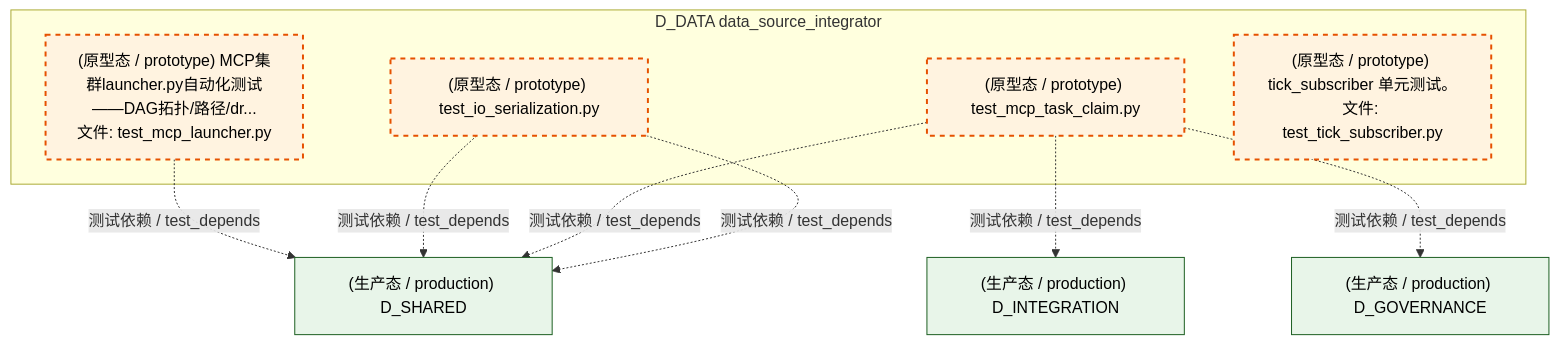
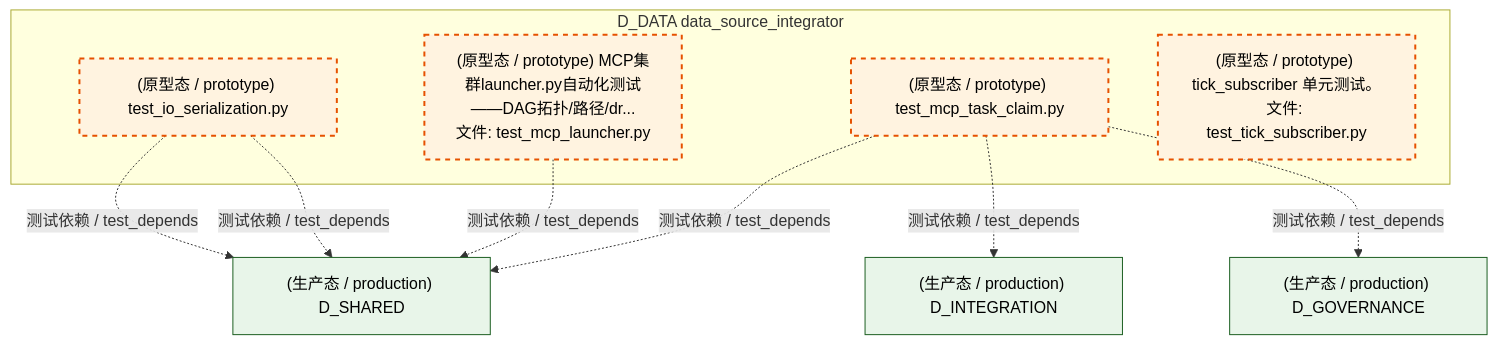
Before and after one commit to xuanFelixVan/ZephyrAlpha: the third of 6 diagrams in docs/02_enterprise_architecture/02_domain_architecture_docs/61_d_data.md, drawn with Mermaid. The commit also changed other lines of this file and 126 other files, not shown here.

````diff
--- a/docs/02_enterprise_architecture/02_domain_architecture_docs/61_d_data.md
+++ b/docs/02_enterprise_architecture/02_domain_architecture_docs/61_d_data.md
@@ -310,24 +310,24 @@
 ```mermaid
 graph TD
     subgraph D_DATA["D_DATA data_source_integrator"]
         tests_io_test_io_serialization_py["(原型态 / prototype) test_io_serialization.py"]
         tests_io_test_mcp_launcher_py["(原型态 / prototype) MCP集群launcher.py自动化测试——DAG拓扑/路径/dr...<br/>文件: test_mcp_launcher.py"]
         tests_io_test_mcp_task_claim_py["(原型态 / prototype) test_mcp_task_claim.py"]
         tests_zephyr_data_test_tick_subscriber_py["(原型态 / prototype) tick_subscriber 单元测试。<br/>文件: test_tick_subscriber.py"]
     end
-    D_SHARED["(生产态 / production) D_SHARED"]
-    tests_io_test_mcp_launcher_py -.->|测试依赖 / test_depends| D_SHARED
     D_INTEGRATION["(生产态 / production) D_INTEGRATION"]
     tests_io_test_mcp_task_claim_py -.->|测试依赖 / test_depends| D_INTEGRATION
-    tests_io_test_io_serialization_py -.->|测试依赖 / test_depends| D_SHARED
+    D_SHARED["(生产态 / production) D_SHARED"]
     tests_io_test_mcp_task_claim_py -.->|测试依赖 / test_depends| D_SHARED
+    tests_io_test_mcp_launcher_py -.->|测试依赖 / test_depends| D_SHARED
     D_GOVERNANCE["(生产态 / production) D_GOVERNANCE"]
     tests_io_test_mcp_task_claim_py -.->|测试依赖 / test_depends| D_GOVERNANCE
+    tests_io_test_io_serialization_py -.->|测试依赖 / test_depends| D_SHARED
     tests_io_test_io_serialization_py -.->|测试依赖 / test_depends| D_SHARED
     classDef production fill:#e1f5fe,stroke:#01579b,stroke-width:2px,color:#000
     classDef design fill:#fff3e0,stroke:#e65100,stroke-width:2px,color:#000,stroke-dasharray: 5 5
     classDef external_prod fill:#e8f5e9,stroke:#1b5e20,stroke-width:1px,color:#000
     classDef external_design fill:#fce4ec,stroke:#880e4f,stroke-width:1px,color:#000,stroke-dasharray: 5 5
     class tests_io_test_io_serialization_py,tests_io_test_mcp_launcher_py,tests_io_test_mcp_task_claim_py,tests_zephyr_data_test_tick_subscriber_py design
-    class D_SHARED,D_INTEGRATION,D_GOVERNANCE external_prod
+    class D_INTEGRATION,D_SHARED,D_GOVERNANCE external_prod
 ```
````
